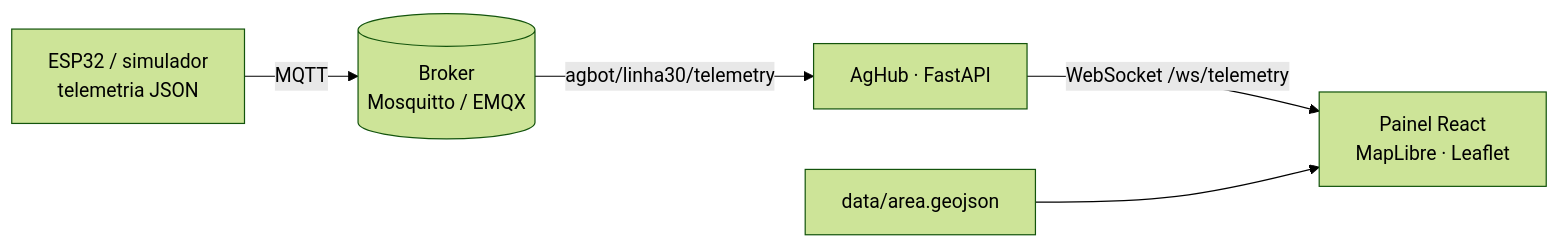
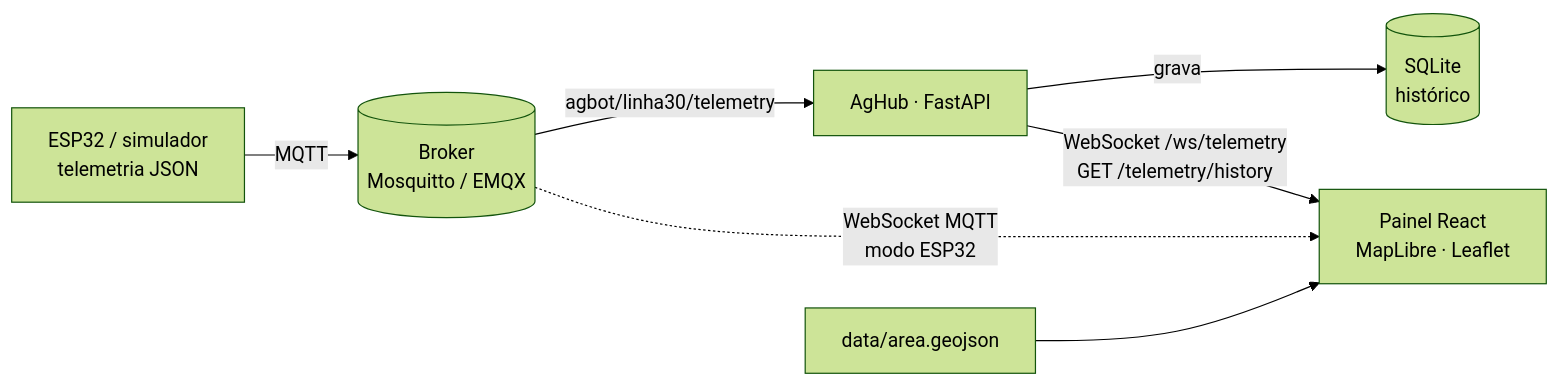
The diagram in README.md (MarceloGiazzon/TerraSana), drawn with Mermaid (forest theme) before and after one commit. The commit also changed other lines of this file and 3 other files, not shown here.

````diff
--- a/README.md
+++ b/README.md
@@ -51,7 +52,9 @@
 ```mermaid
 flowchart LR
     A[ESP32 / simulador<br/>telemetria JSON] -- MQTT --> B[(Broker<br/>Mosquitto / EMQX)]
     B -- agbot/linha30/telemetry --> C[AgHub · FastAPI]
-    C -- WebSocket /ws/telemetry --> D[Painel React<br/>MapLibre · Leaflet]
+    C -- grava --> H[(SQLite<br/>histórico)]
+    C -- WebSocket /ws/telemetry<br/>GET /telemetry/history --> D[Painel React<br/>MapLibre · Leaflet]
+    B -. WebSocket MQTT<br/>modo ESP32 .-> D
     E[data/area.geojson] --> D
 ```
````
